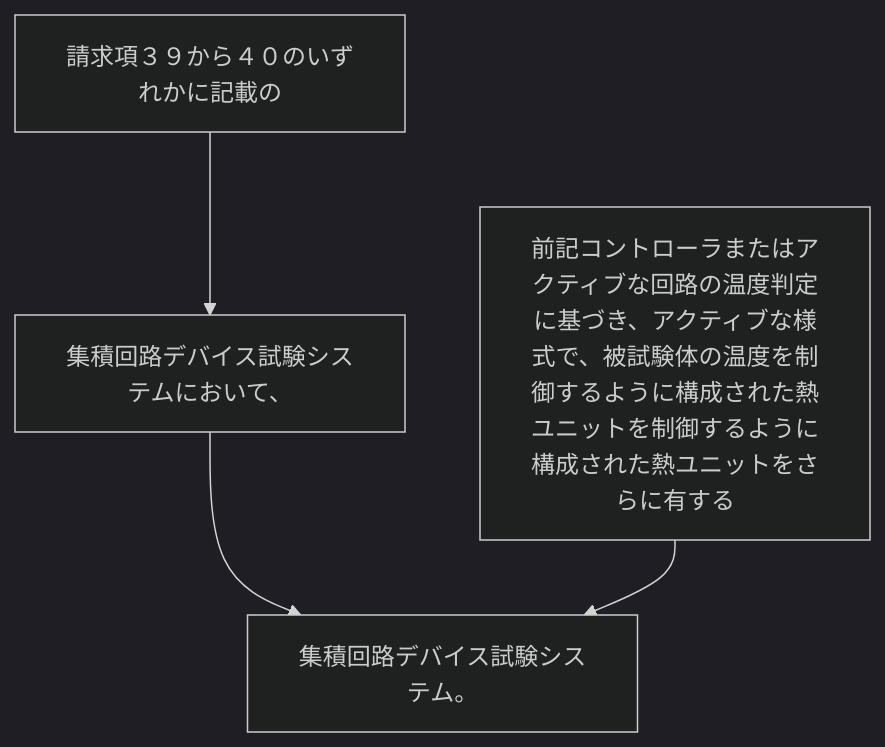
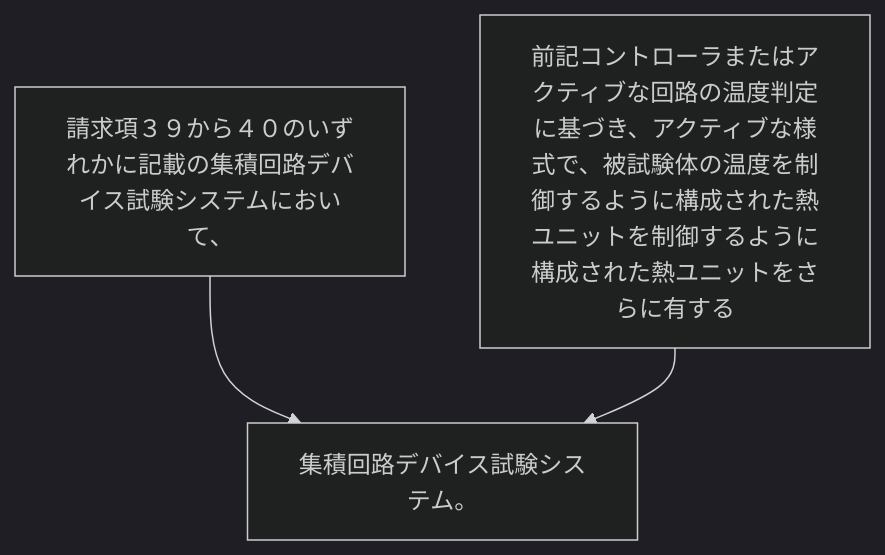
Before and after one commit to shinmori55/patent_analyzed: the diagram in 2024/JP2024023283A/claim_43/README.md, drawn with Mermaid (dark theme). The commit also changed 336 other files, not shown here.

````diff
--- a/2024/JP2024023283A/claim_43/README.md
+++ b/2024/JP2024023283A/claim_43/README.md
@@ -3,10 +3,8 @@
 ```mermaid
 flowchart TD
-A[請求項３９から４０のいずれかに記載の]
-B[集積回路デバイス試験システムにおいて、]
-C[前記コントローラまたはアクティブな回路の温度判定に基づき、アクティブな様式で、被試験体の温度を制御するように構成された熱ユニットを制御するように構成された熱ユニットをさらに有する]
-D[集積回路デバイス試験システム。]
-A --> B
-B --> D
-C --> D
+A[請求項３９から４０のいずれかに記載の集積回路デバイス試験システムにおいて、]
+B[前記コントローラまたはアクティブな回路の温度判定に基づき、アクティブな様式で、被試験体の温度を制御するように構成された熱ユニットを制御するように構成された熱ユニットをさらに有する]
+C[集積回路デバイス試験システム。]
+A --> C
+B --> C
 ```
````
